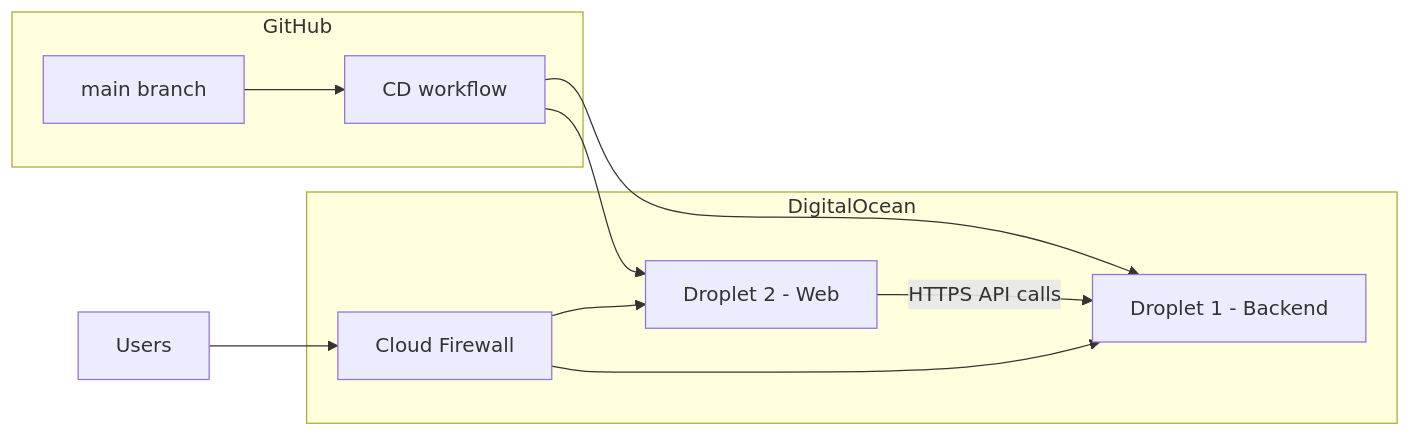
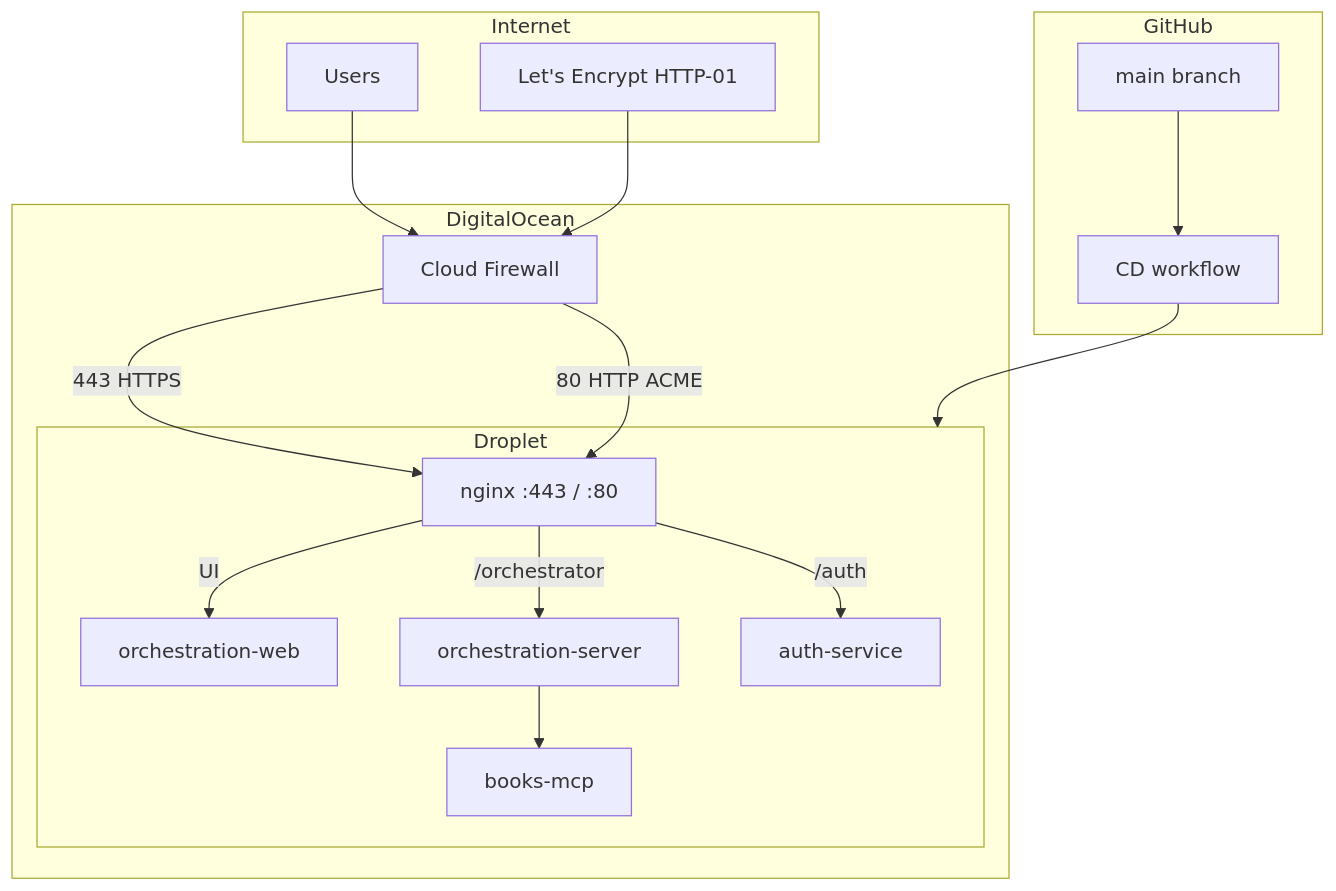
One commit to BobLeBuildeur/DiscordBot changed the diagram in plans/2026-04-05-iac-digitalocean-terraform-cd.md. Above: the diagram before and after it, drawn with Mermaid. The commit also changed other lines of this file, not shown here.

Commit message:
docs: revise IaC plan for single droplet, nginx edge, and Let's Encrypt

````diff
--- a/plans/2026-04-05-iac-digitalocean-terraform-cd.md
+++ b/plans/2026-04-05-iac-digitalocean-terraform-cd.md
@@ -55,19 +58,32 @@
 ```mermaid
-flowchart LR
+flowchart TB
+  subgraph internet[Internet]
+    users[Users]
+    le[Let's Encrypt HTTP-01]
+  end
   subgraph github[GitHub]
     main[main branch]
     cd[CD workflow]
   end
   subgraph do[DigitalOcean]
     fw[Cloud Firewall]
-    d1[Droplet 1 - Backend]
-    d2[Droplet 2 - Web]
+    d[Droplet]
+  end
+  subgraph d[Droplet]
+    nginx[nginx :443 / :80]
+    web[orchestration-web]
+    orch[orchestration-server]
+    auth[auth-service]
+    mcp[books-mcp]
   end
   main --> cd
-  cd --> d1
-  cd --> d2
-  users[Users] --> fw
-  fw --> d2
-  fw --> d1
-  d2 -->|HTTPS API calls| d1
+  cd --> d
+  users --> fw
+  le --> fw
+  fw -->|443 HTTPS| nginx
+  fw -->|80 HTTP ACME| nginx
+  nginx -->|UI| web
+  nginx -->|/orchestrator| orch
+  nginx -->|/auth| auth
+  orch --> mcp
 ```
````
